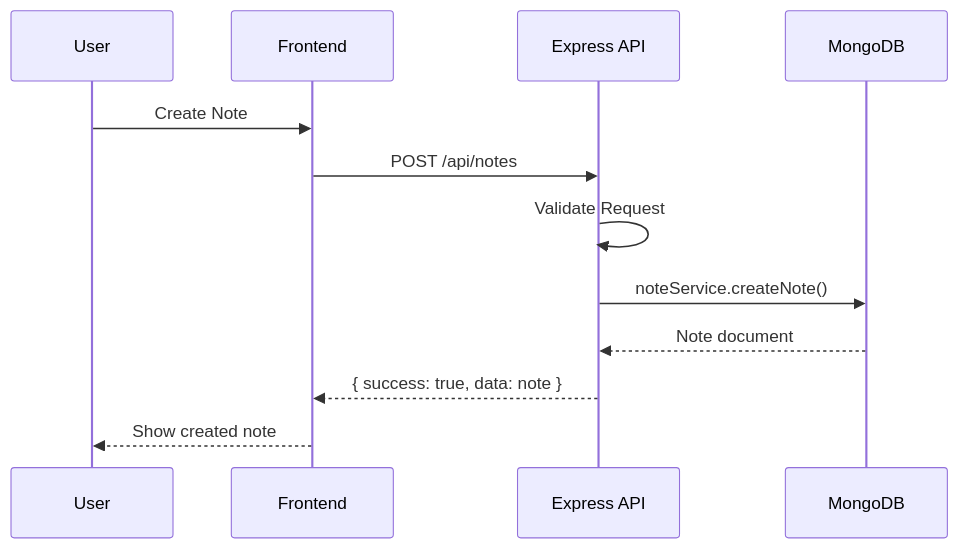
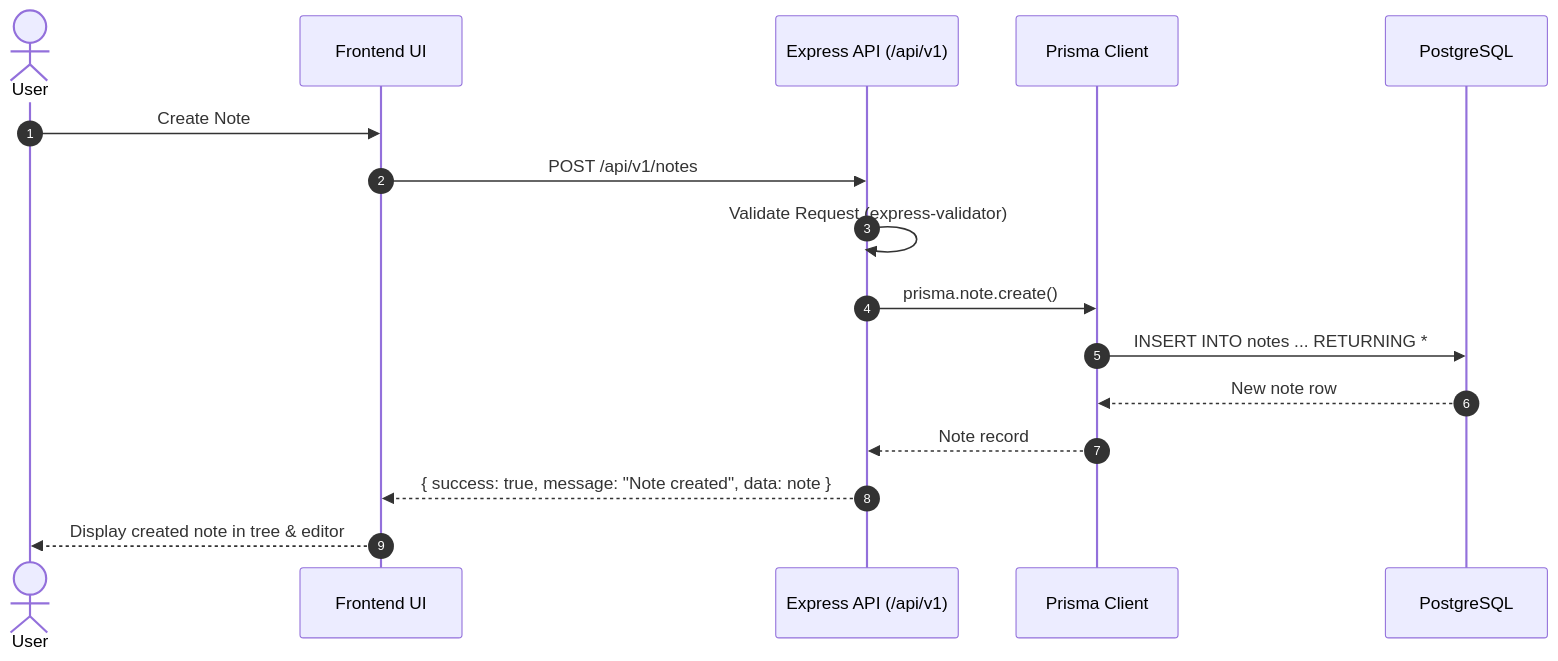
The second of 2 diagrams in docs/03-architecture/SYSTEM_ARCHITECTURE.md (nhatnd99/PersonalKnowledgeManagement), drawn with Mermaid before and after one commit. The commit also changed other lines of this file and 110 other files, not shown here.

````diff
--- a/docs/03-architecture/SYSTEM_ARCHITECTURE.md
+++ b/docs/03-architecture/SYSTEM_ARCHITECTURE.md
@@ -78,15 +80,19 @@
 ```mermaid
 sequenceDiagram
-  participant U as User
-  participant FE as Frontend
-  participant API as Express API
-  participant DB as MongoDB
+  autonumber
+  actor User
+  participant FE as Frontend UI
+  participant API as Express API (/api/v1)
+  participant Prisma as Prisma Client
+  participant DB as PostgreSQL
 
-  U->>FE: Create Note
-  FE->>API: POST /api/notes
-  API->>API: Validate Request
-  API->>DB: noteService.createNote()
-  DB-->>API: Note document
-  API-->>FE: { success: true, data: note }
-  FE-->>U: Show created note
+  User->>FE: Create Note
+  FE->>API: POST /api/v1/notes
+  API->>API: Validate Request (express-validator)
+  API->>Prisma: prisma.note.create()
+  Prisma->>DB: INSERT INTO notes ... RETURNING *
+  DB-->>Prisma: New note row
+  Prisma-->>API: Note record
+  API-->>FE: { success: true, message: "Note created", data: note }
+  FE-->>User: Display created note in tree & editor
 ```
````
